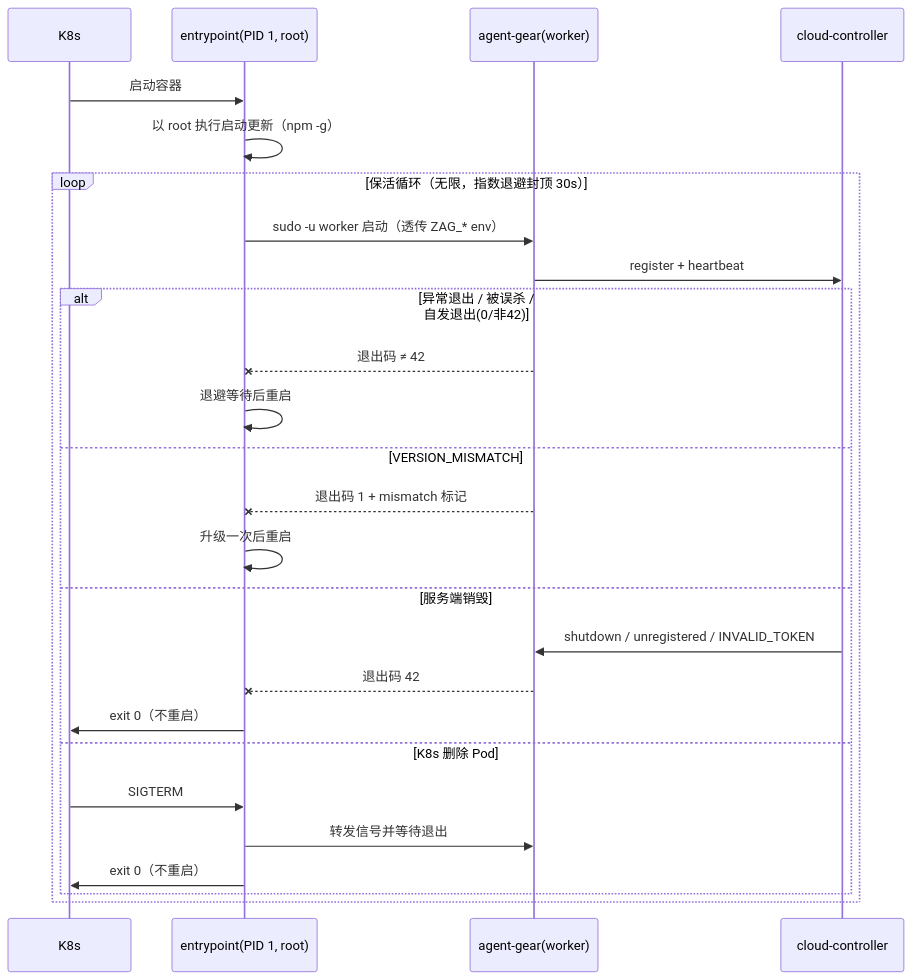
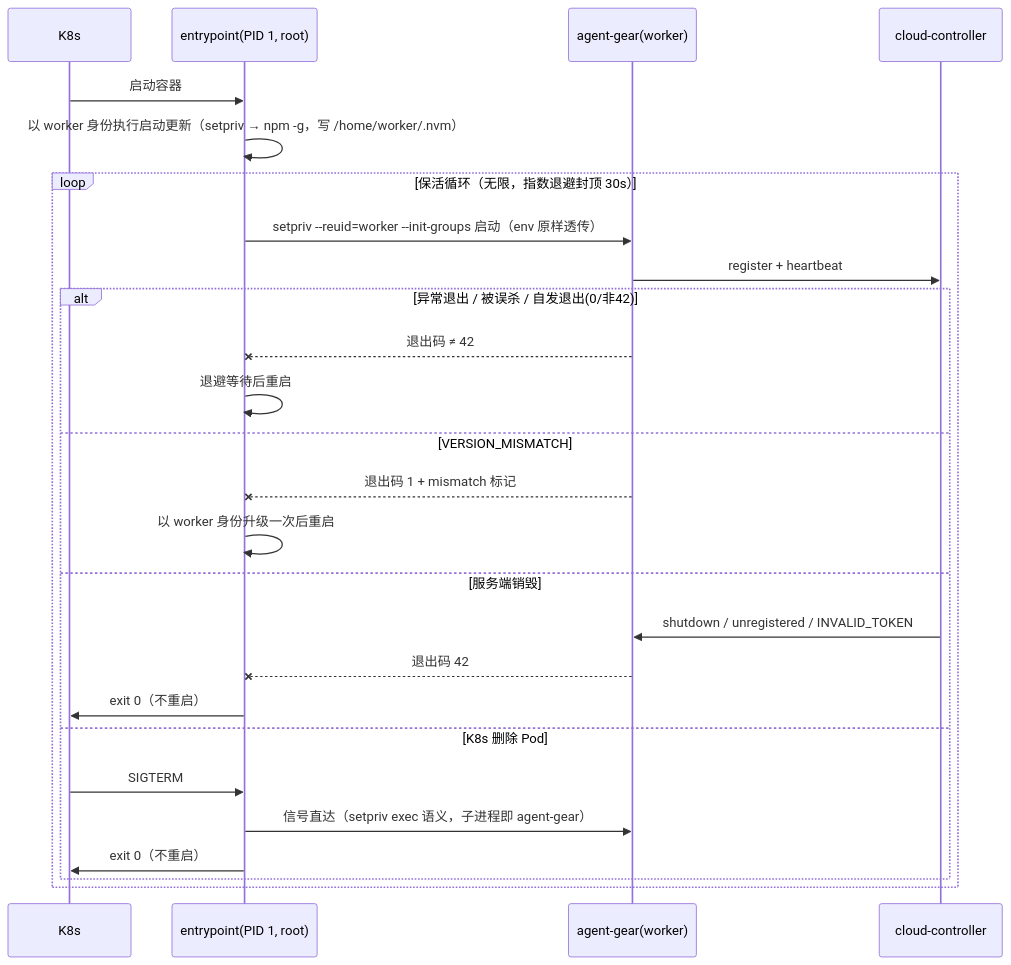
The third of 3 diagrams in docs/engineering/proposals/20261025-feat-cloud-host-keepalive.md (Deliay/z-agent-gear), drawn with Mermaid before and after one commit. The commit also changed other lines of this file and 1 other file, not shown here.

Commit message:
docs: 技术提案 v1.1 —— nvm/Node 下放 worker 用户安装（per-user nvm），附 sudo 环境变量实证调研结论

````diff
--- a/docs/engineering/proposals/20261025-feat-cloud-host-keepalive.md
+++ b/docs/engineering/proposals/20261025-feat-cloud-host-keepalive.md
@@ -119,29 +125,29 @@
 ```mermaid
 sequenceDiagram
     participant K as K8s
     participant EP as entrypoint(PID 1, root)
     participant AG as agent-gear(worker)
     participant CC as cloud-controller
 
     K->>EP: 启动容器
-    EP->>EP: 以 root 执行启动更新（npm -g）
+    EP->>EP: 以 worker 身份执行启动更新（setpriv → npm -g，写 /home/worker/.nvm）
     loop 保活循环（无限，指数退避封顶 30s）
-        EP->>AG: sudo -u worker 启动（透传 ZAG_* env）
+        EP->>AG: setpriv --reuid=worker --init-groups 启动（env 原样透传）
         AG->>CC: register + heartbeat
         alt 异常退出 / 被误杀 / 自发退出(0/非42)
             AG--xEP: 退出码 ≠ 42
             EP->>EP: 退避等待后重启
         else VERSION_MISMATCH
             AG--xEP: 退出码 1 + mismatch 标记
-            EP->>EP: 升级一次后重启
+            EP->>EP: 以 worker 身份升级一次后重启
         else 服务端销毁
             CC->>AG: shutdown / unregistered / INVALID_TOKEN
             AG--xEP: 退出码 42
             EP->>K: exit 0（不重启）
         else K8s 删除 Pod
             K->>EP: SIGTERM
-            EP->>AG: 转发信号并等待退出
+            EP->>AG: 信号直达（setpriv exec 语义，子进程即 agent-gear）
             EP->>K: exit 0（不重启）
         end
     end
 ```
````
